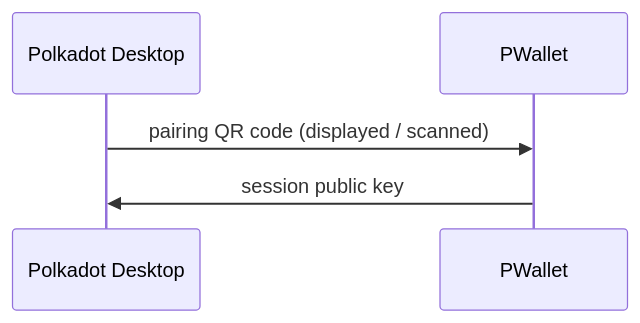
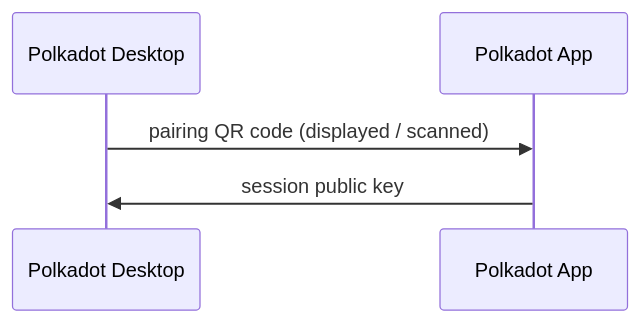
One commit to polkadot-developers/polkadot-docs changed the diagram in apps/set-up/install-and-pair.md. Above: the diagram before and after it, drawn with Mermaid. The commit also changed other lines of this file and 25 other files, not shown here.

````diff
--- a/apps/set-up/install-and-pair.md
+++ b/apps/set-up/install-and-pair.md
@@ -59,7 +57,7 @@
 ```mermaid
 sequenceDiagram
     participant Desktop as Polkadot Desktop
-    participant Wallet as PWallet
-    Desktop->>Wallet: pairing QR code (displayed / scanned)
-    Wallet->>Desktop: session public key
+    participant App as Polkadot App
+    Desktop->>App: pairing QR code (displayed / scanned)
+    App->>Desktop: session public key
 ```
````
